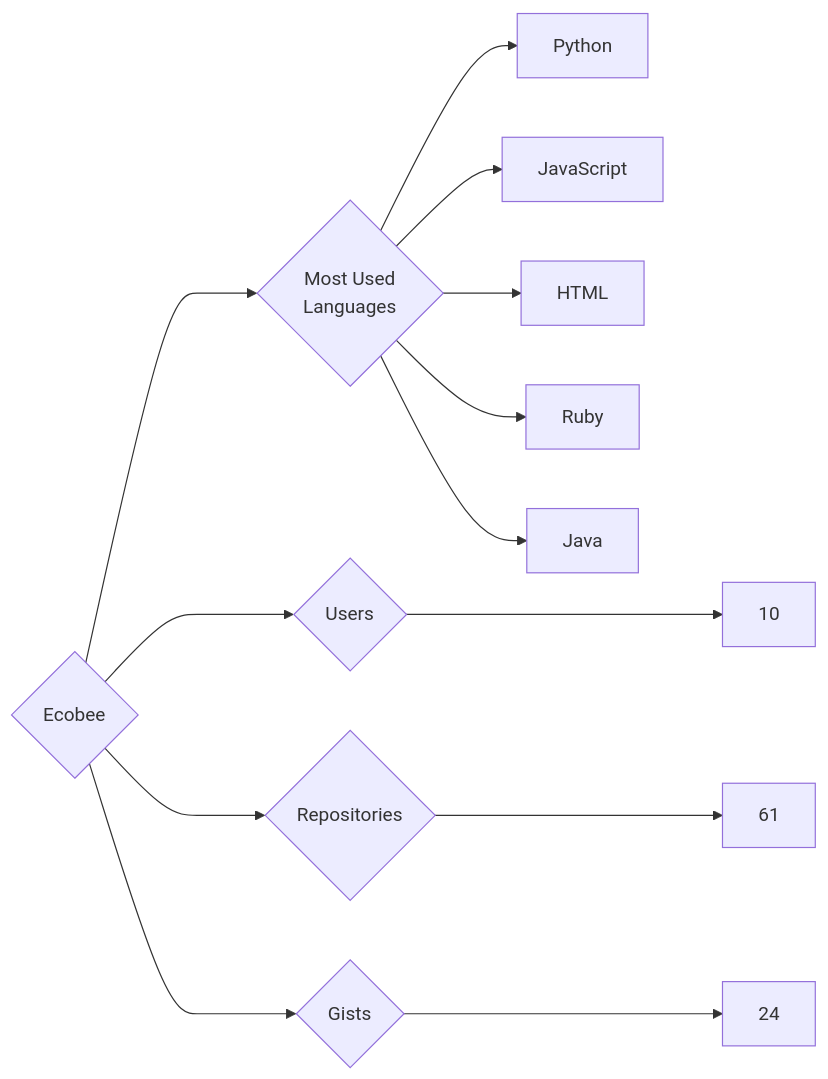
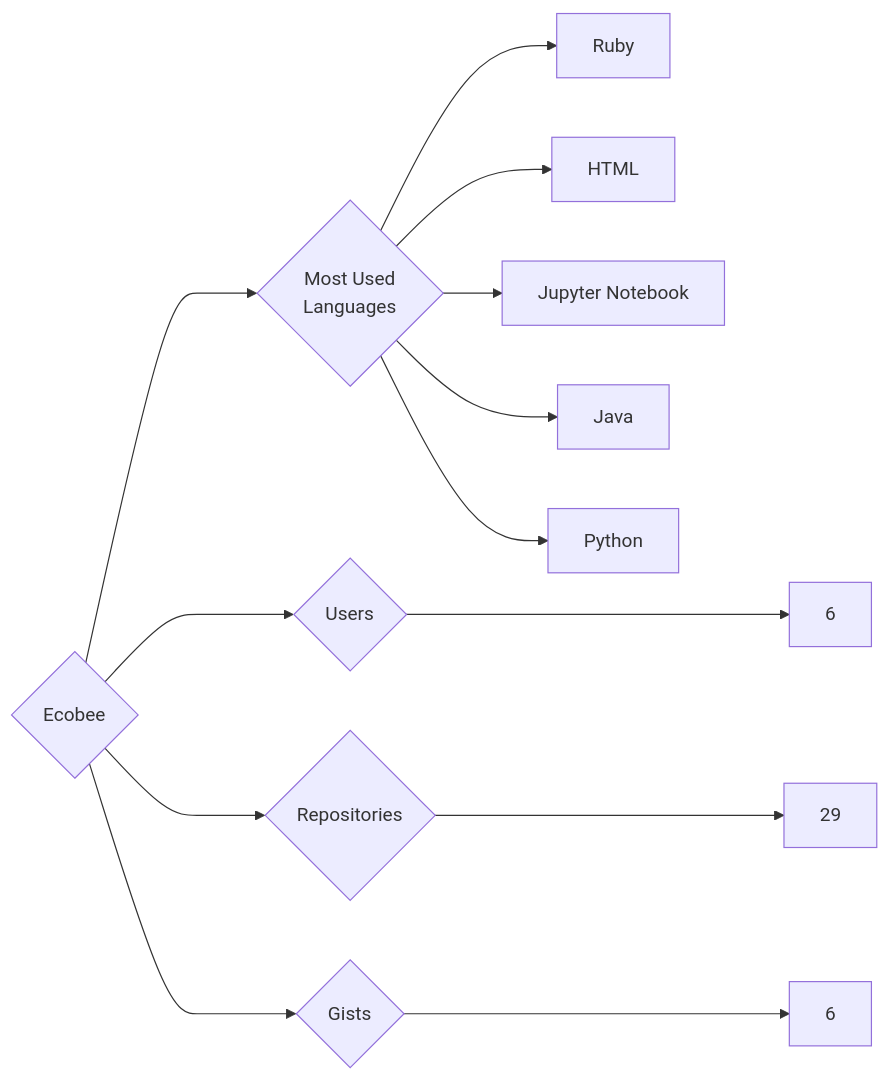
Before and after one commit to trickest/insiders: the diagram in targets/Ecobee/README.md, drawn with Mermaid. The commit also changed 1175 other files, not shown here.

````diff
--- a/targets/Ecobee/README.md
+++ b/targets/Ecobee/README.md
@@ -3,13 +3,13 @@
 ```mermaid
 graph LR
 COMPANY_NAME{Ecobee}
-COMPANY_NAME ---> U{Users} ---> UN[10]
-COMPANY_NAME ---> R{Repositories} ---> RN[61]
-COMPANY_NAME ---> G{Gists} ---> GN[24]
+COMPANY_NAME ---> U{Users} ---> UN[6]
+COMPANY_NAME ---> R{Repositories} ---> RN[29]
+COMPANY_NAME ---> G{Gists} ---> GN[6]
 COMPANY_NAME ---> ML{Most Used<br>Languages}
+ML --> Ruby[Ruby]
+ML --> HTML[HTML]
+ML --> Jupyter_Notebook[Jupyter Notebook]
+ML --> Java[Java]
 ML --> Python[Python]
-ML --> JavaScript[JavaScript]
-ML --> HTML[HTML]
-ML --> Ruby[Ruby]
-ML --> Java[Java]
 ```
````
